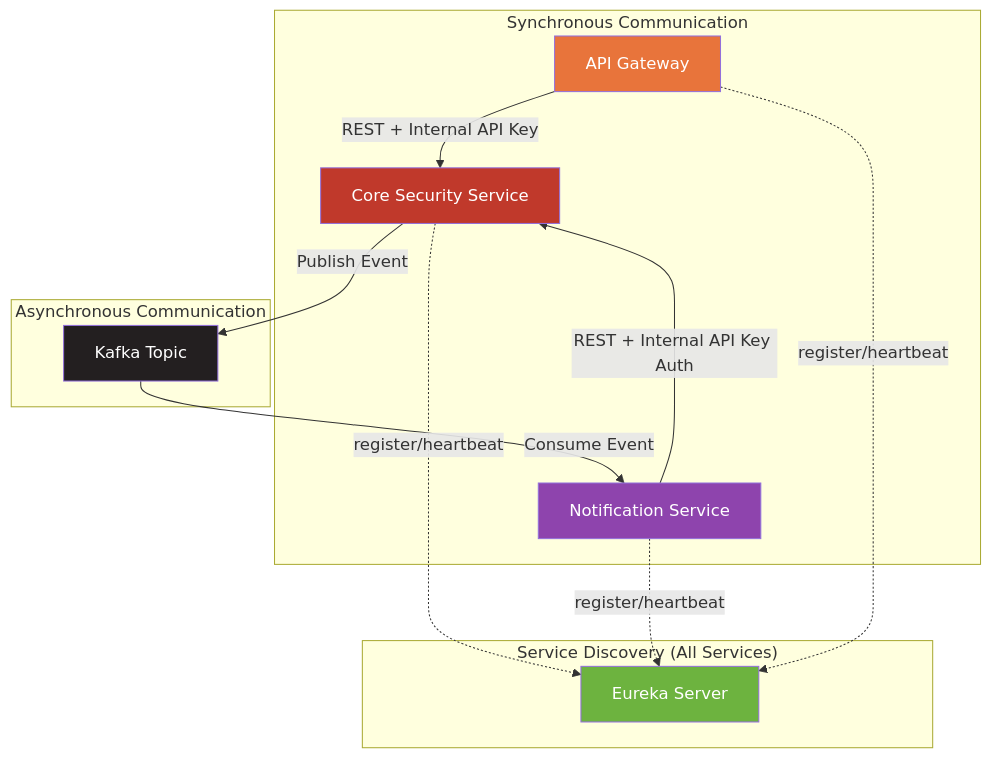
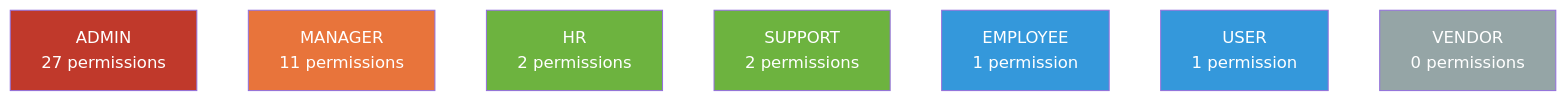
The seventh of 8 diagrams in README.md (amarenderreddyvoladri/production-prototype-security-template), drawn with Mermaid before and after one commit. The commit also changed other lines of this file, not shown here.

````diff
--- a/README.md
+++ b/README.md
@@ -327,24 +319,18 @@
 ```mermaid
-graph TB
-    subgraph "Synchronous Communication"
-        GW2["API Gateway"] -->|"REST + Internal API Key"| AUTH2["Core Security Service"]
-        NOTIF2["Notification Service"] -->|"REST + Internal API Key Auth"| AUTH2
-    end
+graph TD
+    ADMIN["ADMIN<br/>27 permissions"] 
+    MANAGER["MANAGER<br/>11 permissions"]
+    HR["HR<br/>2 permissions"]
+    SUPPORT["SUPPORT<br/>2 permissions"]
+    EMPLOYEE["EMPLOYEE<br/>1 permission"]
+    USER["USER<br/>1 permission"]
+    VENDOR["VENDOR<br/>0 permissions"]
 
-    subgraph "Asynchronous Communication"
-        AUTH2 -->|"Publish Event"| TOPIC["Kafka Topic"]
-        TOPIC -->|"Consume Event"| NOTIF2
-    end
-
-    subgraph "Service Discovery (All Services)"
-        AUTH2 -.->|register/heartbeat| EUREKA2["Eureka Server"]
-        NOTIF2 -.->|register/heartbeat| EUREKA2
-        GW2 -.->|register/heartbeat| EUREKA2
-    end
-
-    style AUTH2 fill:#C0392B,color:#fff
-    style NOTIF2 fill:#8E44AD,color:#fff
-    style GW2 fill:#E8743B,color:#fff
-    style TOPIC fill:#231F20,color:#fff
-    style EUREKA2 fill:#6DB33F,color:#fff
+    style ADMIN fill:#C0392B,color:#fff
+    style MANAGER fill:#E8743B,color:#fff
+    style HR fill:#6DB33F,color:#fff
+    style SUPPORT fill:#6DB33F,color:#fff
+    style EMPLOYEE fill:#3498DB,color:#fff
+    style USER fill:#3498DB,color:#fff
+    style VENDOR fill:#95A5A6,color:#fff
 ```
````
